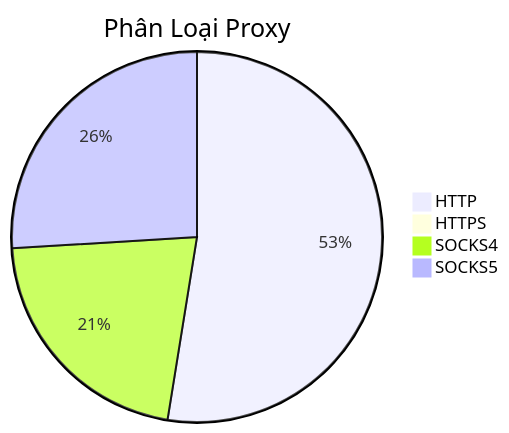
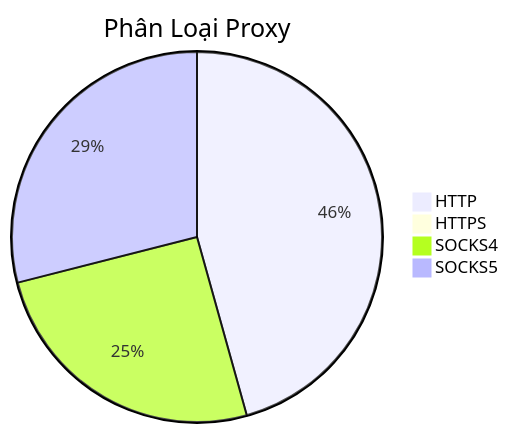
One commit to Ciara-12/PROXY-free changed the diagram in README.md. Above: the diagram before and after it, drawn with Mermaid. The commit also changed other lines of this file and 3 other files, not shown here.

````diff
--- a/README.md
+++ b/README.md
@@ -26,7 +26,7 @@
 ```mermaid
 pie title Phân Loại Proxy
-    "HTTP" : 609
+    "HTTP" : 432
     "HTTPS" : 0
-    "SOCKS4" : 249
-    "SOCKS5" : 301
+    "SOCKS4" : 240
+    "SOCKS5" : 274
 ```
````
